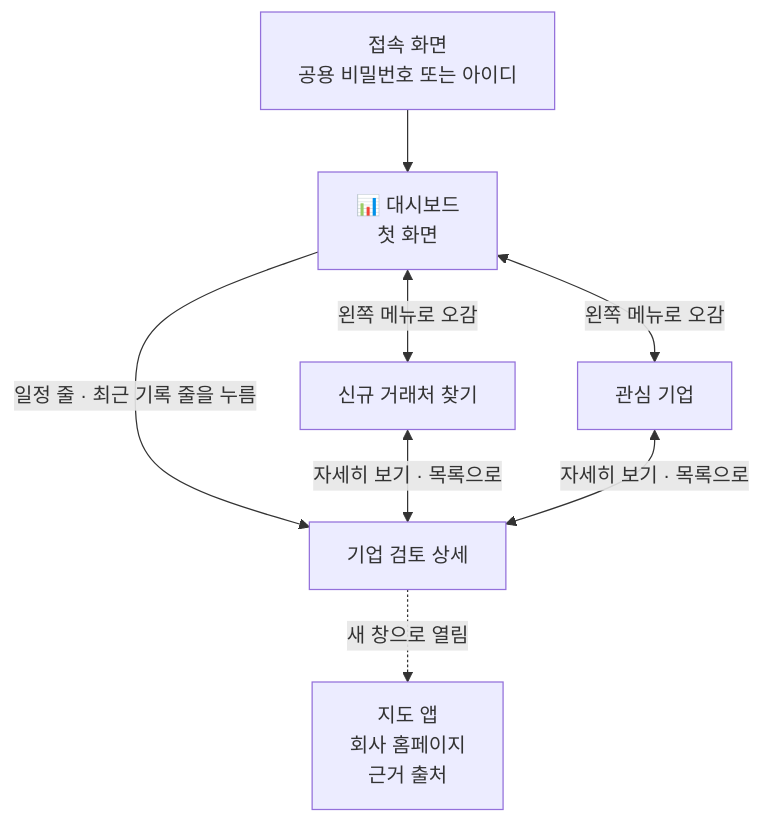
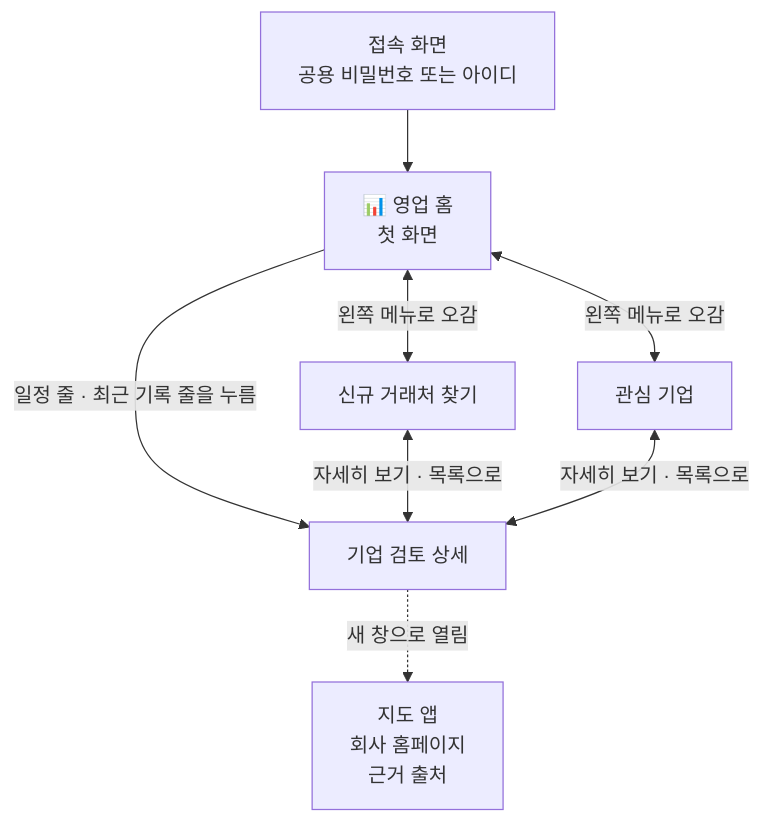
The second of 4 diagrams in docs/map/feature-map.md (agent-ddalgi-team/final-geosan), drawn with Mermaid before and after one commit. The commit also changed other lines of this file and 1 other file, not shown here.

````diff
--- a/docs/map/feature-map.md
+++ b/docs/map/feature-map.md
@@ -79,10 +80,10 @@
 ```mermaid
 flowchart TB
-    G["접속 화면<br/>공용 비밀번호 또는 아이디"] --> D["📊 대시보드<br/>첫 화면"]
+    G["접속 화면<br/>공용 비밀번호 또는 아이디"] --> D["📊 영업 홈<br/>첫 화면"]
     D <-->|"왼쪽 메뉴로 오감"| L["신규 거래처 찾기"]
     D <-->|"왼쪽 메뉴로 오감"| B["관심 기업"]
     D -->|"일정 줄 · 최근 기록 줄을 누름"| S["기업 검토 상세"]
     L <-->|"자세히 보기 · 목록으로"| S
     B <-->|"자세히 보기 · 목록으로"| S
     S -.->|"새 창으로 열림"| O["지도 앱<br/>회사 홈페이지<br/>근거 출처"]
 ```
````
